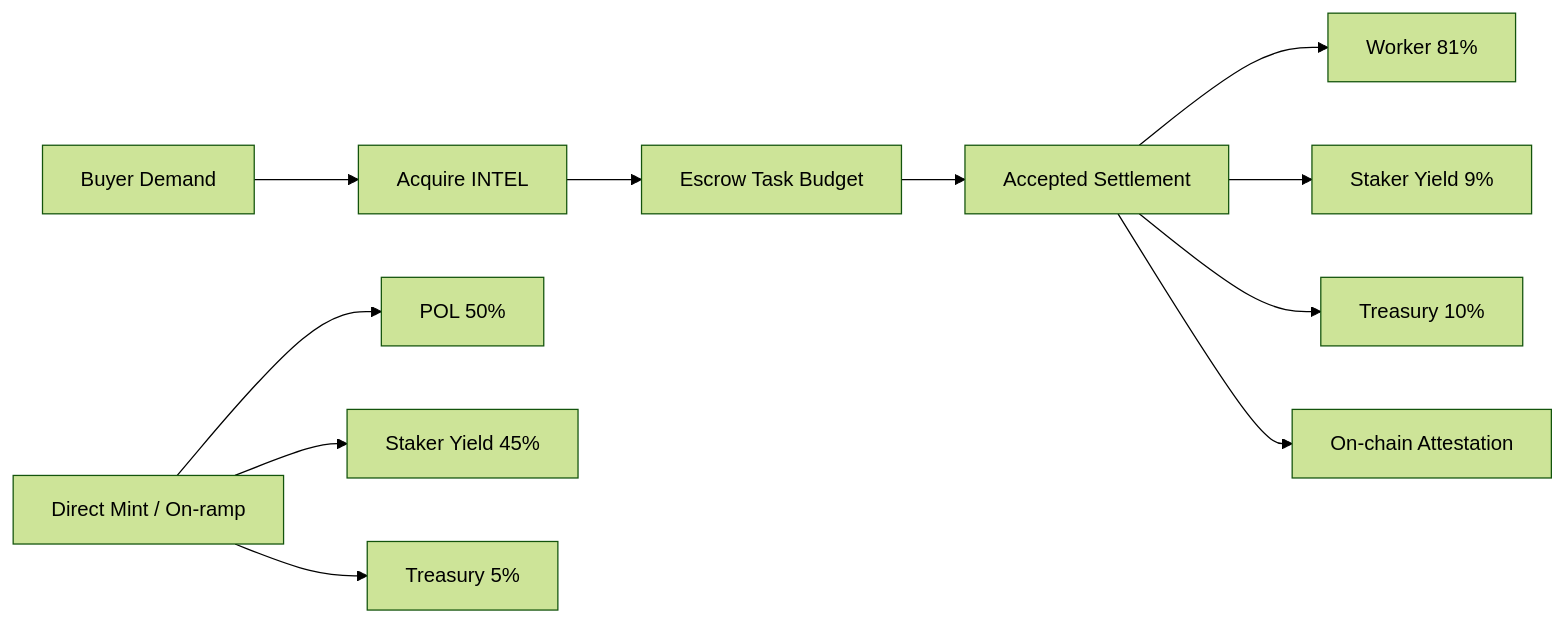
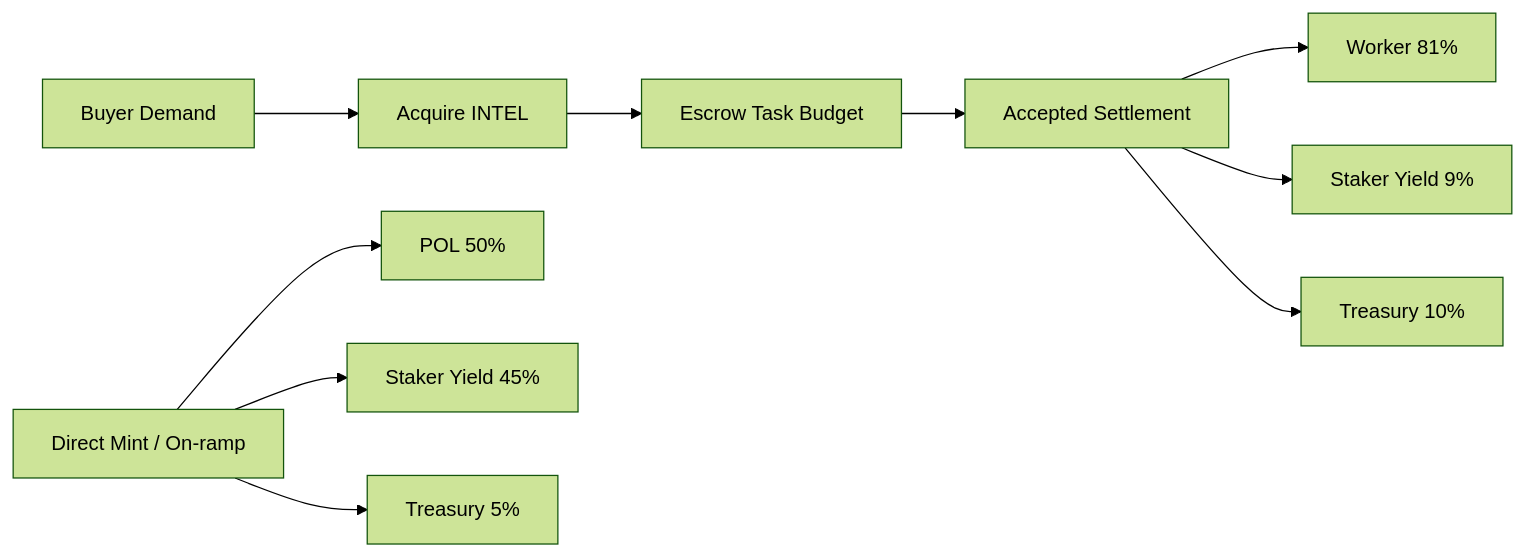
One commit to chimera-defi/ethglobal-cannes-2026-intelligence-exchange changed the diagram in docs/CANONICAL_PRODUCT_OVERVIEW.md. Above: the diagram before and after it, drawn with Mermaid (forest theme). The commit also changed other lines of this file and 3 other files, not shown here.

````diff
--- a/docs/CANONICAL_PRODUCT_OVERVIEW.md
+++ b/docs/CANONICAL_PRODUCT_OVERVIEW.md
@@ -70,14 +48,13 @@
 ```mermaid
 flowchart LR
   U[Buyer Demand] --> A[Acquire INTEL]
   A --> E[Escrow Task Budget]
   E --> R[Accepted Settlement]
   R --> W[Worker 81%]
   R --> S[Staker Yield 9%]
   R --> T[Treasury 10%]
-  R --> ATT[On-chain Attestation]
 
   M[Direct Mint / On-ramp] --> P[POL 50%]
   M --> Y[Staker Yield 45%]
   M --> Q[Treasury 5%]
 ```
````
